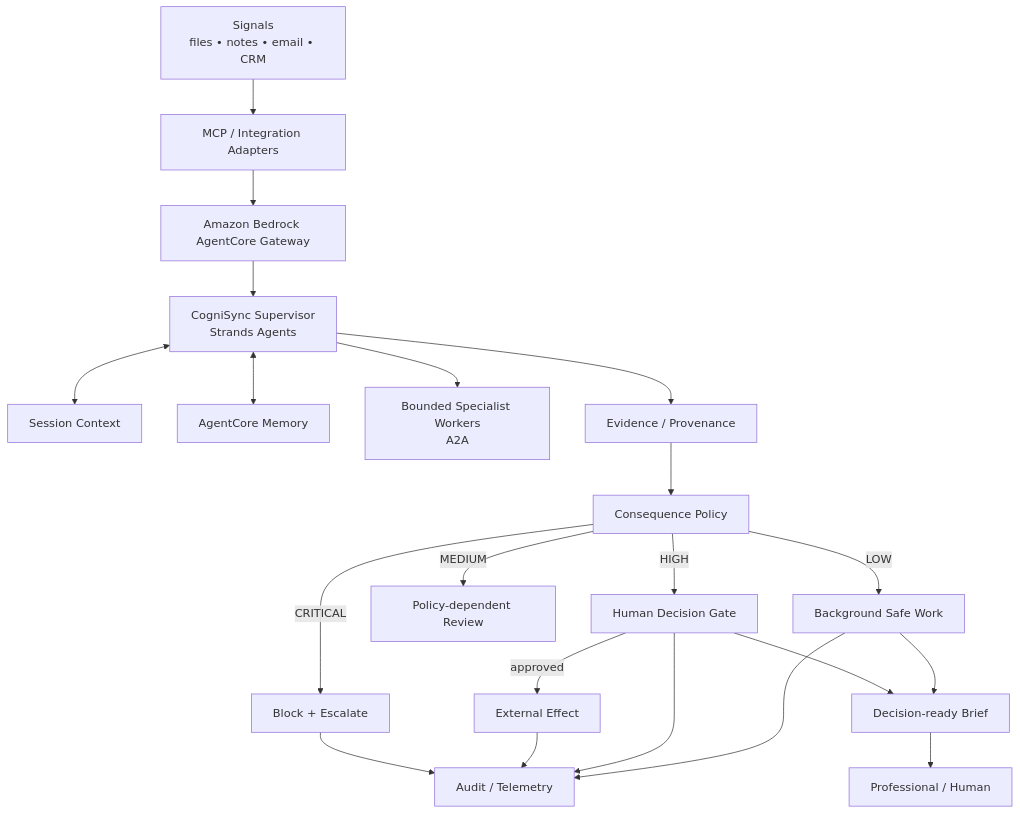
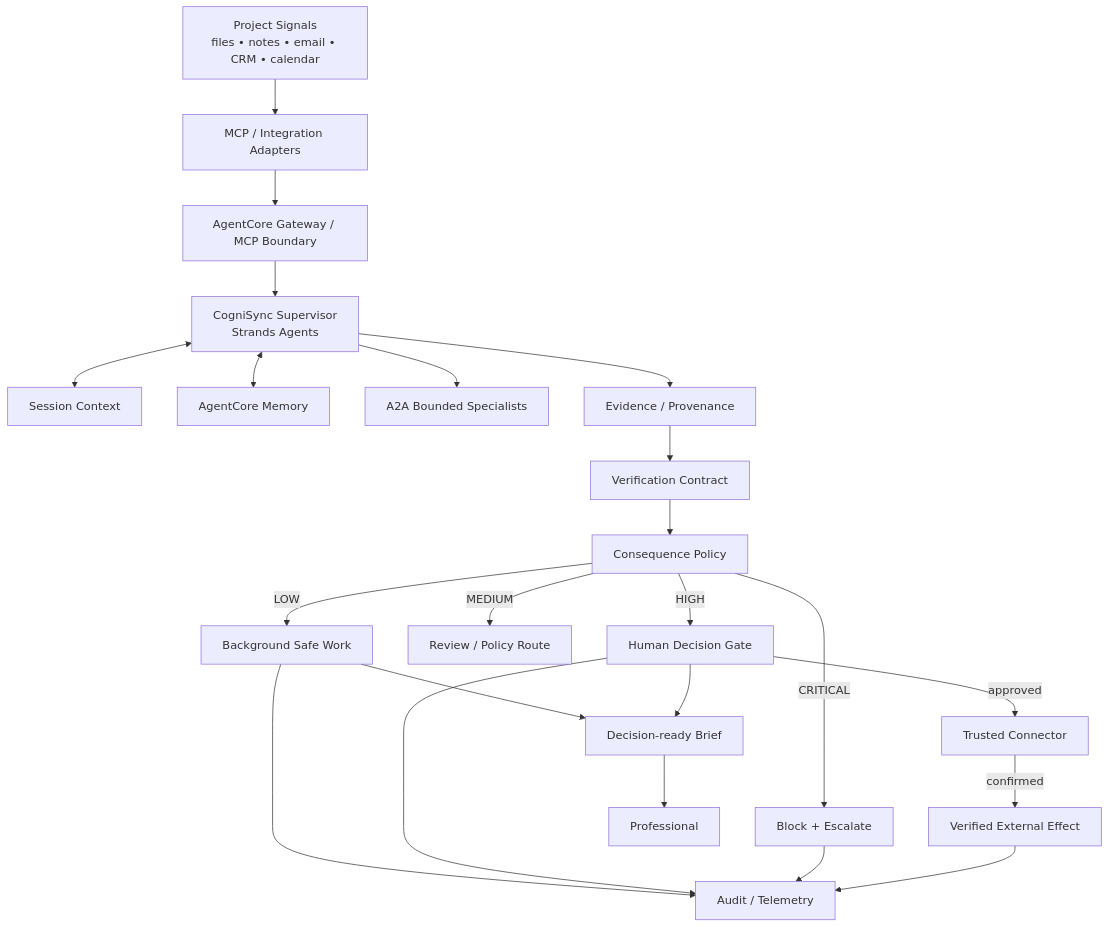
Before and after one commit to fotografandrzejmikulski-bit/Agents-for-Humans-Hackathon: the diagram in docs/GRANT_PROPOSAL.md, drawn with Mermaid. The commit also changed other lines of this file, not shown here.

````diff
--- a/docs/GRANT_PROPOSAL.md
+++ b/docs/GRANT_PROPOSAL.md
@@ -101,23 +137,25 @@
 ```mermaid
 flowchart TB
-    S[Signals\nfiles • notes • email • CRM] --> M[MCP / Integration Adapters]
-    M --> G[Amazon Bedrock AgentCore Gateway]
+    S[Project Signals\nfiles • notes • email • CRM • calendar] --> I[MCP / Integration Adapters]
+    I --> G[AgentCore Gateway / MCP Boundary]
     G --> SUP[CogniSync Supervisor\nStrands Agents]
     SUP <--> STM[Session Context]
     SUP <--> LTM[AgentCore Memory]
-    SUP --> W[Bounded Specialist Workers\nA2A]
+    SUP --> D[A2A Bounded Specialists]
     SUP --> E[Evidence / Provenance]
-    E --> P[Consequence Policy]
+    E --> V[Verification Contract]
+    V --> P[Consequence Policy]
     P -->|LOW| B[Background Safe Work]
-    P -->|MEDIUM| R[Policy-dependent Review]
+    P -->|MEDIUM| R[Review / Policy Route]
     P -->|HIGH| H[Human Decision Gate]
     P -->|CRITICAL| X[Block + Escalate]
-    H -->|approved| O[External Effect]
+    H -->|approved| C[Trusted Connector]
+    C -->|confirmed| O[Verified External Effect]
     B --> A[Audit / Telemetry]
     H --> A
+    X --> A
     O --> A
-    X --> A
     B --> K[Decision-ready Brief]
     H --> K
-    K --> U[Professional / Human]
+    K --> U[Professional]
 ```
````
